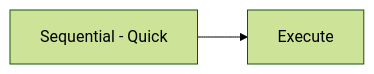
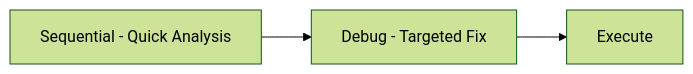
Before and after one commit to Alot1z/get-shit-indexed: the third of 5 diagrams in README.md, drawn with Mermaid (forest theme). The commit also changed other lines of this file and 19 other files, not shown here.

````diff
--- a/README.md
+++ b/README.md
@@ -262,4 +434,5 @@
 ```mermaid
 graph LR
-    A[Sequential - Quick] --> B[Execute]
+    A[Sequential - Quick Analysis] --> B[Debug - Targeted Fix]
+    B --> C[Execute]
 ```
````
